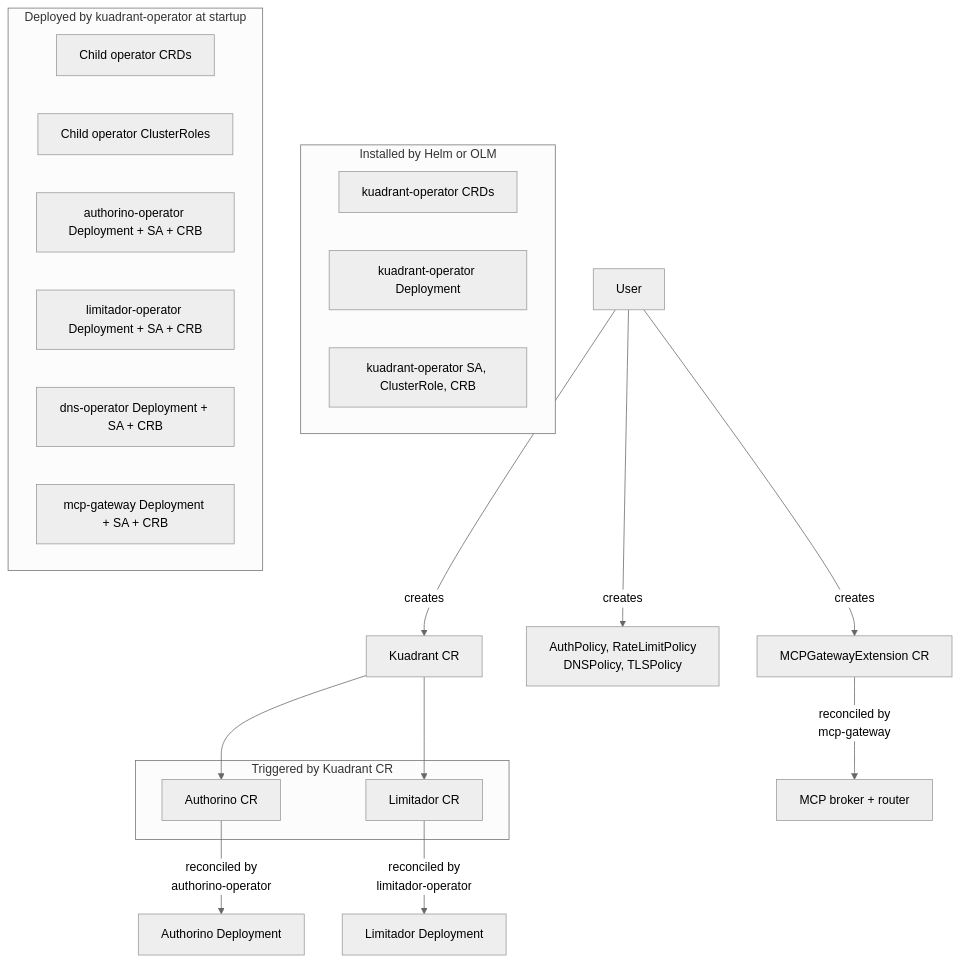
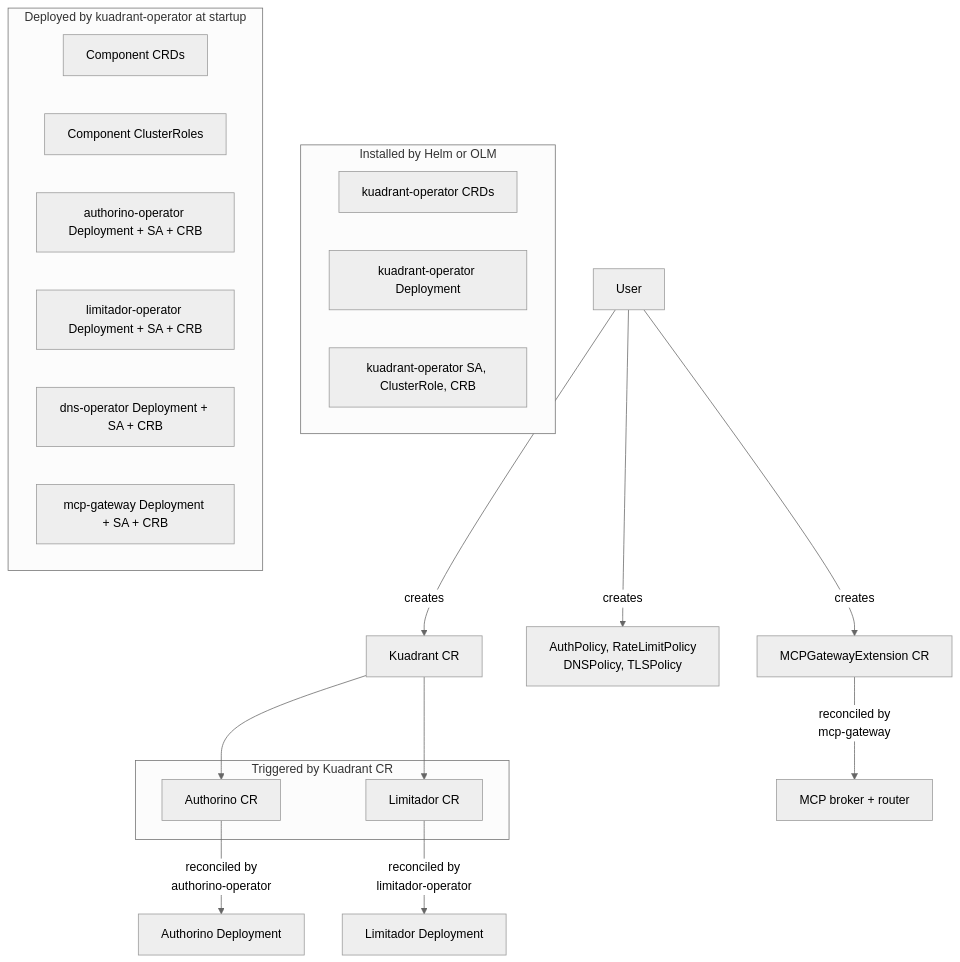
One commit to Kuadrant/architecture changed the sixth of 6 diagrams in rfcs/0019-olmv1-operator-consolidation/architecture-diagrams.md. Above: the diagram before and after it, drawn with Mermaid (neutral theme). The commit also changed other lines of this file and 1 other file, not shown here.

Commit message:
docs: update RFC 0019 to reflect implemented chart sync tooling

````diff
--- a/rfcs/0019-olmv1-operator-consolidation/architecture-diagrams.md
+++ b/rfcs/0019-olmv1-operator-consolidation/architecture-diagrams.md
@@ -181,33 +182,33 @@
 ```mermaid
 graph TB
     USER["User"] -->|"creates"| KCR["Kuadrant CR"]
     USER -->|"creates"| POLICIES["AuthPolicy, RateLimitPolicy<br/>DNSPolicy, TLSPolicy"]
     USER -->|"creates"| MGCR["MCPGatewayExtension CR"]
 
     subgraph installer["Installed by Helm or OLM"]
         KOP_CRDs["kuadrant-operator CRDs"]
         KOP_DEP["kuadrant-operator Deployment"]
         KOP_RBAC["kuadrant-operator SA, ClusterRole, CRB"]
     end
 
     subgraph startup["Deployed by kuadrant-operator at startup"]
-        CHILD_CRDs["Child operator CRDs"]
-        CHILD_CR["Child operator ClusterRoles"]
+        COMP_CRDs["Component CRDs"]
+        COMP_CR["Component ClusterRoles"]
         AUTH_OP["authorino-operator Deployment + SA + CRB"]
         LIM_OP["limitador-operator Deployment + SA + CRB"]
         DNS_OP["dns-operator Deployment + SA + CRB"]
         MCP_OP["mcp-gateway Deployment + SA + CRB"]
     end
 
     subgraph kuadrant-cr["Triggered by Kuadrant CR"]
         AUTH_CR["Authorino CR"]
         LIM_CR["Limitador CR"]
     end
 
     KCR --> AUTH_CR
     KCR --> LIM_CR
 
     AUTH_CR -->|"reconciled by<br/>authorino-operator"| AUTH_WL["Authorino Deployment"]
     LIM_CR -->|"reconciled by<br/>limitador-operator"| LIM_WL["Limitador Deployment"]
     MGCR -->|"reconciled by<br/>mcp-gateway"| MCP_WL["MCP broker + router"]
 ```
````
